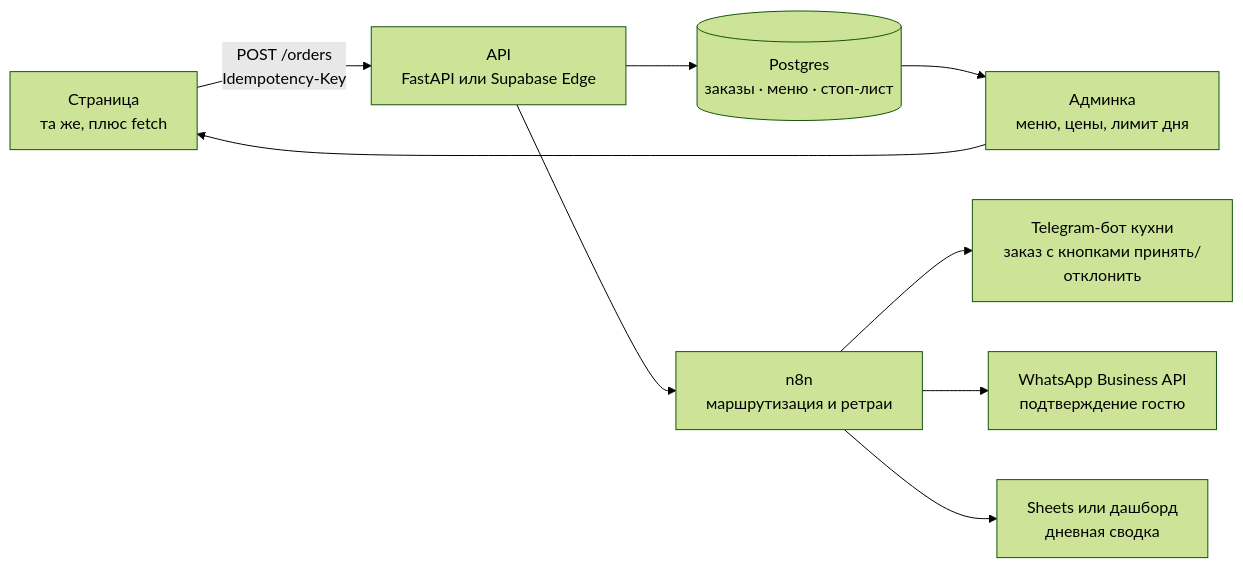
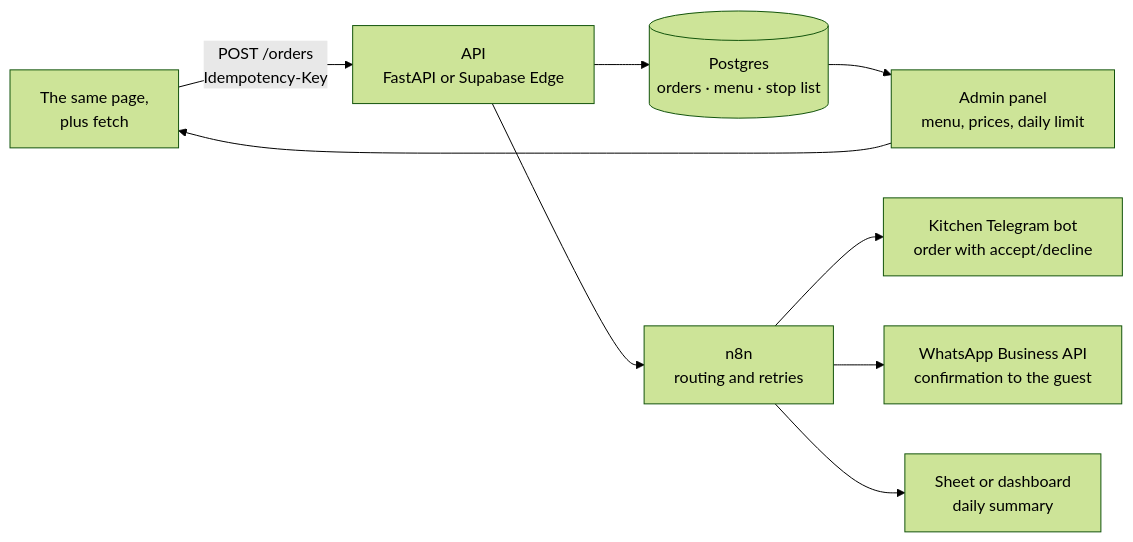
The diagram in docs/roadmap.md (raphsoundmix-ctrl/sushi-clan-site), drawn with Mermaid (forest theme) before and after one commit. The commit also changed other lines of this file and 5 other files, not shown here.

````diff
--- a/docs/roadmap.md
+++ b/docs/roadmap.md
@@ -25,11 +25,11 @@
 ```mermaid
 flowchart LR
-    B["Страница<br/>та же, плюс fetch"] -->|"POST /orders<br/>Idempotency-Key"| A["API<br/>FastAPI или Supabase Edge"]
-    A --> DB[("Postgres<br/>заказы · меню · стоп-лист")]
-    A --> Q["n8n<br/>маршрутизация и ретраи"]
-    Q --> T["Telegram-бот кухни<br/>заказ с кнопками принять/отклонить"]
-    Q --> W["WhatsApp Business API<br/>подтверждение гостю"]
-    Q --> S["Sheets или дашборд<br/>дневная сводка"]
-    DB --> ADM["Админка<br/>меню, цены, лимит дня"]
+    B["The same page,<br/>plus fetch"] -->|"POST /orders<br/>Idempotency-Key"| A["API<br/>FastAPI or Supabase Edge"]
+    A --> DB[("Postgres<br/>orders · menu · stop list")]
+    A --> Q["n8n<br/>routing and retries"]
+    Q --> T["Kitchen Telegram bot<br/>order with accept/decline"]
+    Q --> W["WhatsApp Business API<br/>confirmation to the guest"]
+    Q --> S["Sheet or dashboard<br/>daily summary"]
+    DB --> ADM["Admin panel<br/>menu, prices, daily limit"]
     ADM --> B
 ```
````
